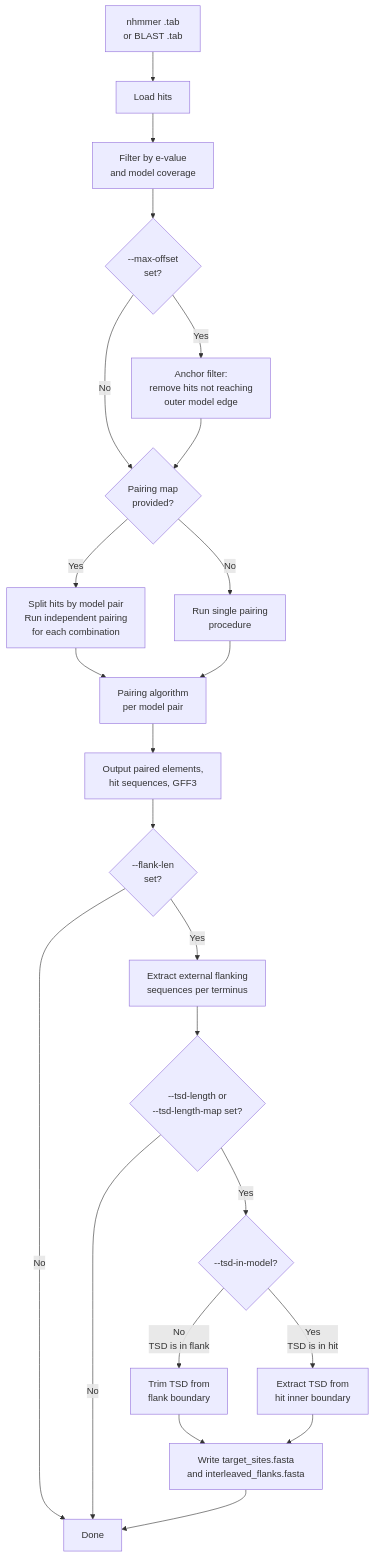
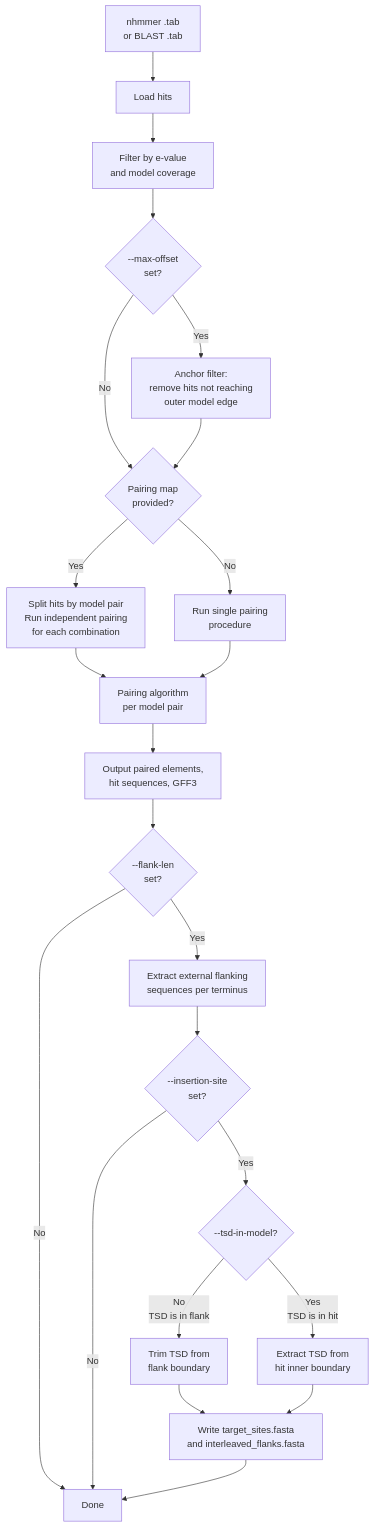
Before and after one commit to Adamtaranto/TIRmite: the first of 4 diagrams in docs/tutorials/tirmite-pair.md, drawn with Mermaid. The commit also changed other lines of this file and 3 other files, not shown here.

First line of the commit message:
Add explicit `--insertion-site` flag to `tirmite pair` (#61)

````diff
--- a/docs/tutorials/tirmite-pair.md
+++ b/docs/tutorials/tirmite-pair.md
@@ -7,25 +7,25 @@
 ```mermaid
 flowchart TD
     A[nhmmer .tab\nor BLAST .tab] --> B[Load hits]
     B --> C[Filter by e-value\nand model coverage]
     C --> C2{--max-offset\nset?}
     C2 -->|Yes| C3[Anchor filter:\nremove hits not reaching\nouter model edge]
     C2 -->|No| D
     C3 --> D{Pairing map\nprovided?}
     D -->|Yes| E[Split hits by model pair\nRun independent pairing\nfor each combination]
     D -->|No| F[Run single pairing\nprocedure]
     E --> G[Pairing algorithm\nper model pair]
     F --> G
     G --> H[Output paired elements,\nhit sequences, GFF3]
     H --> I{--flank-len\nset?}
     I -->|Yes| J[Extract external flanking\nsequences per terminus]
     I -->|No| K[Done]
-    J --> L{--tsd-length or\n--tsd-length-map set?}
+    J --> L{--insertion-site\nset?}
     L -->|No| K
     L -->|Yes| M{--tsd-in-model?}
     M -->|No\nTSD is in flank| N[Trim TSD from\nflank boundary]
     M -->|Yes\nTSD is in hit| O[Extract TSD from\nhit inner boundary]
     N --> P[Write target_sites.fasta\nand interleaved_flanks.fasta]
     O --> P
     P --> K
 ```
````
